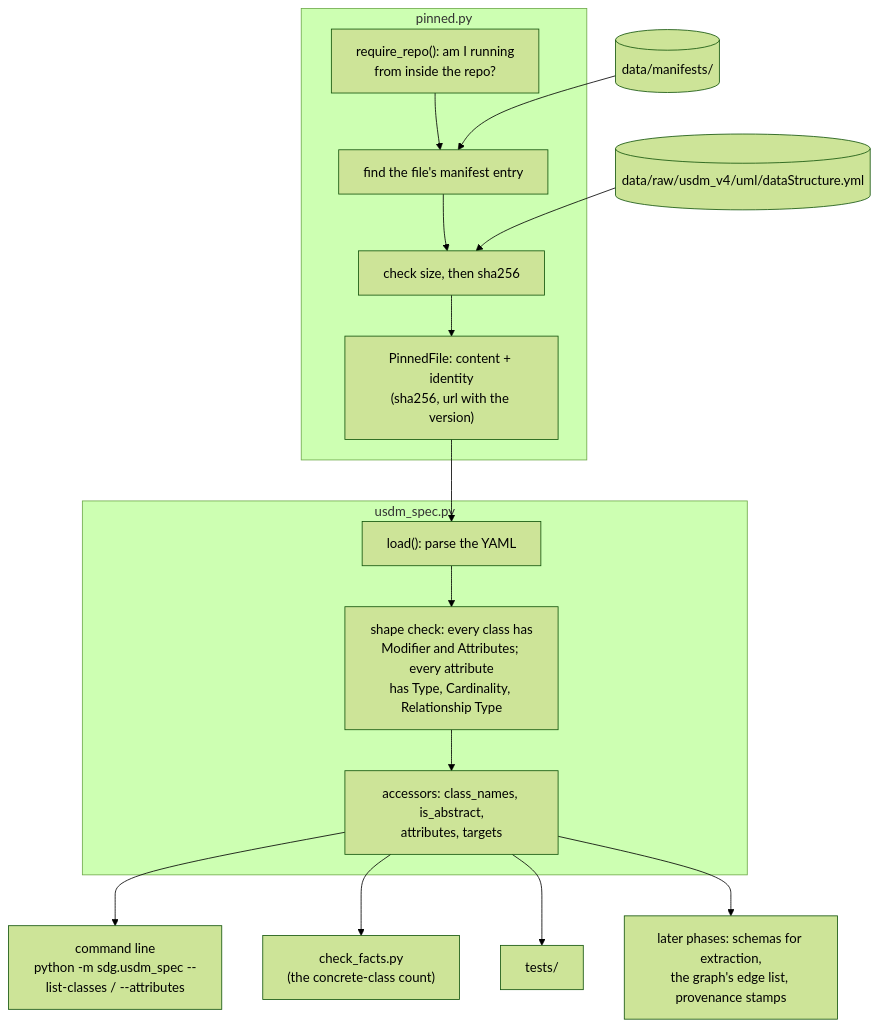
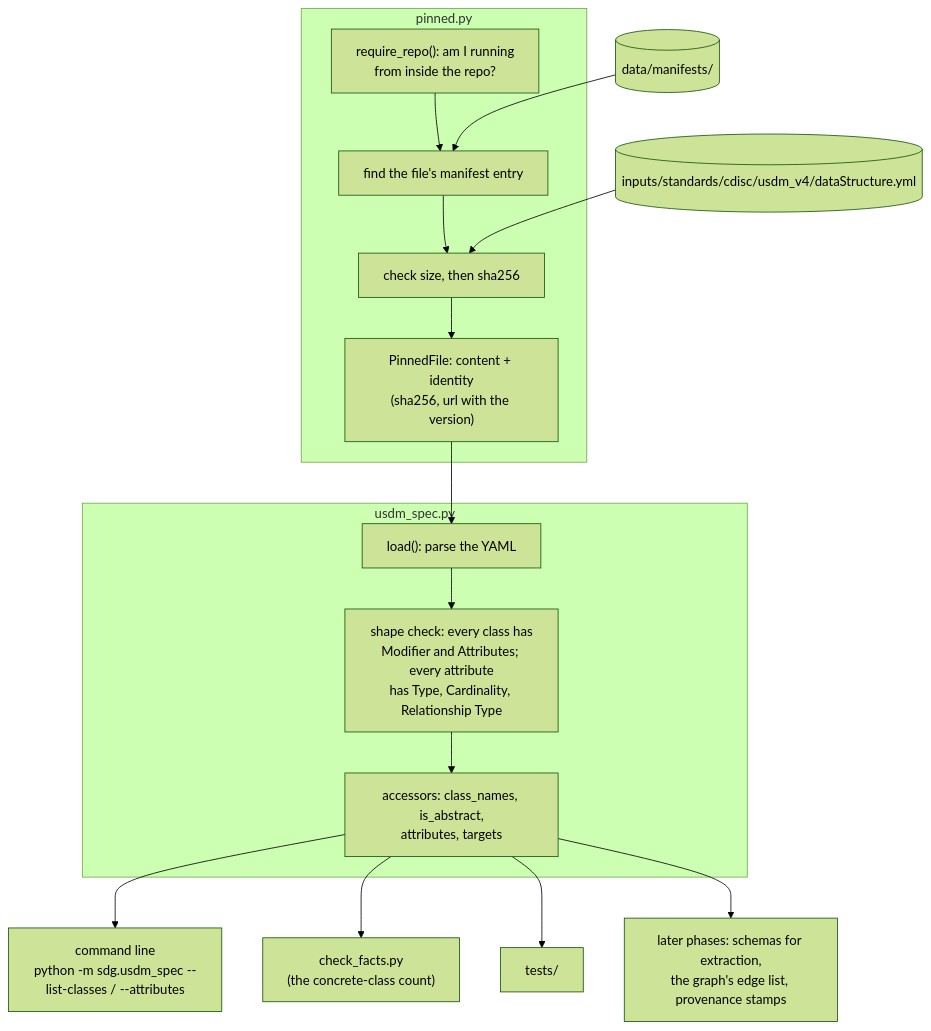
Before and after one commit to delos001/study-definition-graph: the third of 4 diagrams in docs/workflow_map.md, drawn with Mermaid (forest theme). The commit also changed other lines of this file and 42 other files, not shown here.

First line of the commit message:
git add -A git commit -m 'Everything pinned lives under inputs/; data/ holds only pipeline output

````diff
--- a/docs/workflow_map.md
+++ b/docs/workflow_map.md
@@ -55,33 +55,33 @@
 ```mermaid
 flowchart TD
     manifests[("data/manifests/")]
-    raw[("data/raw/usdm_v4/uml/dataStructure.yml")]
+    raw[("inputs/standards/cdisc/usdm_v4/dataStructure.yml")]
 
     subgraph pinned["pinned.py"]
         p1["require_repo(): am I running<br/>from inside the repo?"]
         p2["find the file's manifest entry"]
         p3["check size, then sha256"]
         p4["PinnedFile: content + identity<br/>(sha256, url with the version)"]
         p1 --> p2 --> p3 --> p4
     end
 
     subgraph usdm["usdm_spec.py"]
         u1["load(): parse the YAML"]
         u2["shape check: every class has<br/>Modifier and Attributes; every attribute<br/>has Type, Cardinality, Relationship Type"]
         u3["accessors: class_names, is_abstract,<br/>attributes, targets"]
         u1 --> u2 --> u3
     end
 
     cli["command line<br/>python -m sdg.usdm_spec --list-classes / --attributes"]
     facts["check_facts.py<br/>(the concrete-class count)"]
     tests["tests/"]
     later["later phases: schemas for extraction,<br/>the graph's edge list, provenance stamps"]
 
     manifests --> p2
     raw --> p3
     p4 --> u1
     u3 --> cli
     u3 --> facts
     u3 --> tests
     u3 --> later
 ```
````
